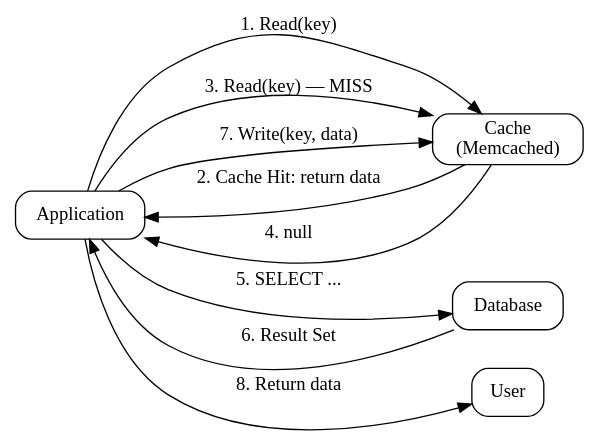
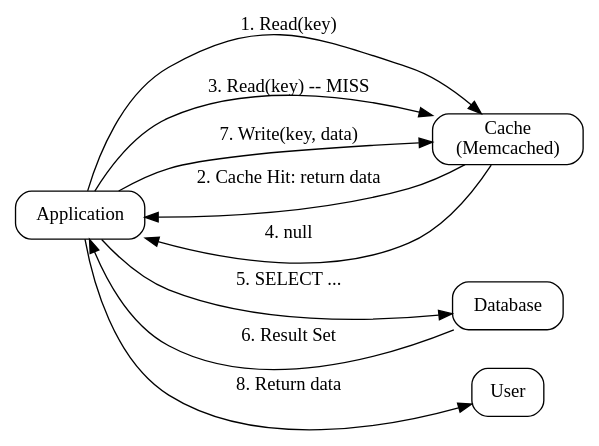
The first of 2 diagrams in content/wiki/system-design/cache-aside.md (animishraa05/animishraa05.github.io), drawn with Graphviz before and after one commit. The commit also changed other lines of this file and 1221 other files, not shown here.

````diff
--- a/content/wiki/system-design/cache-aside.md
+++ b/content/wiki/system-design/cache-aside.md
@@ -30,20 +30,20 @@
 ```dot
 digraph CacheAside {
     rankdir=LR;
     node [shape=box, style=rounded];
 
     App [label="Application"];
     Cache [label="Cache\n(Memcached)"];
     DB [label="Database"];
 
     App -> Cache [label="1. Read(key)"];
     Cache -> App [label="2. Cache Hit: return data"];
 
-    App -> Cache [label="3. Read(key) — MISS"];
+    App -> Cache [label="3. Read(key) -- MISS"];
     Cache -> App [label="4. null"];
     App -> DB [label="5. SELECT ..."];
     DB -> App [label="6. Result Set"];
     App -> Cache [label="7. Write(key, data)"];
     App -> User [label="8. Return data"];
 }
 ```
````
